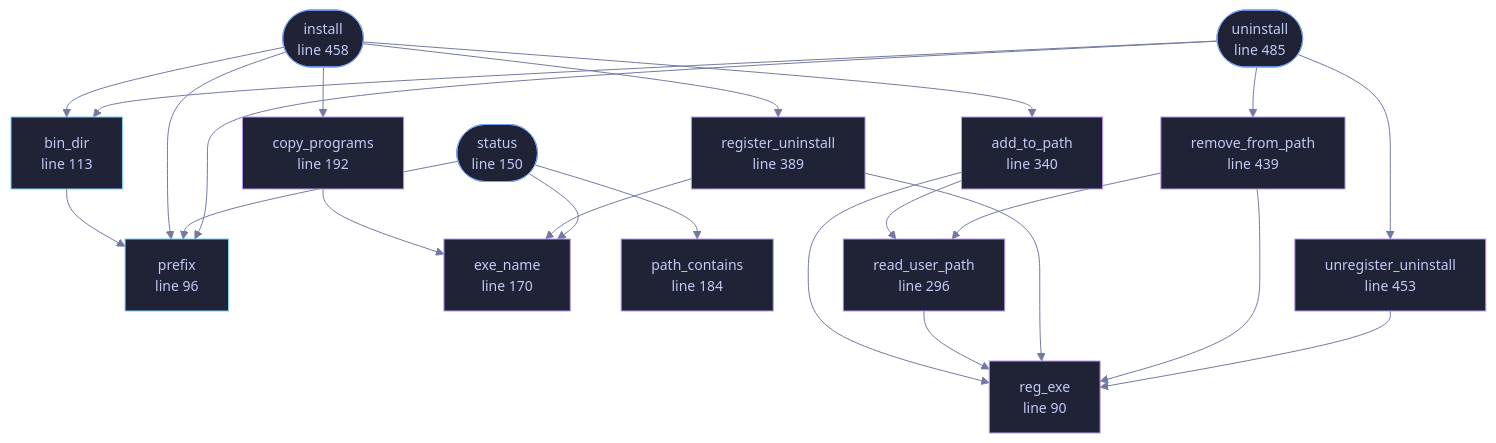
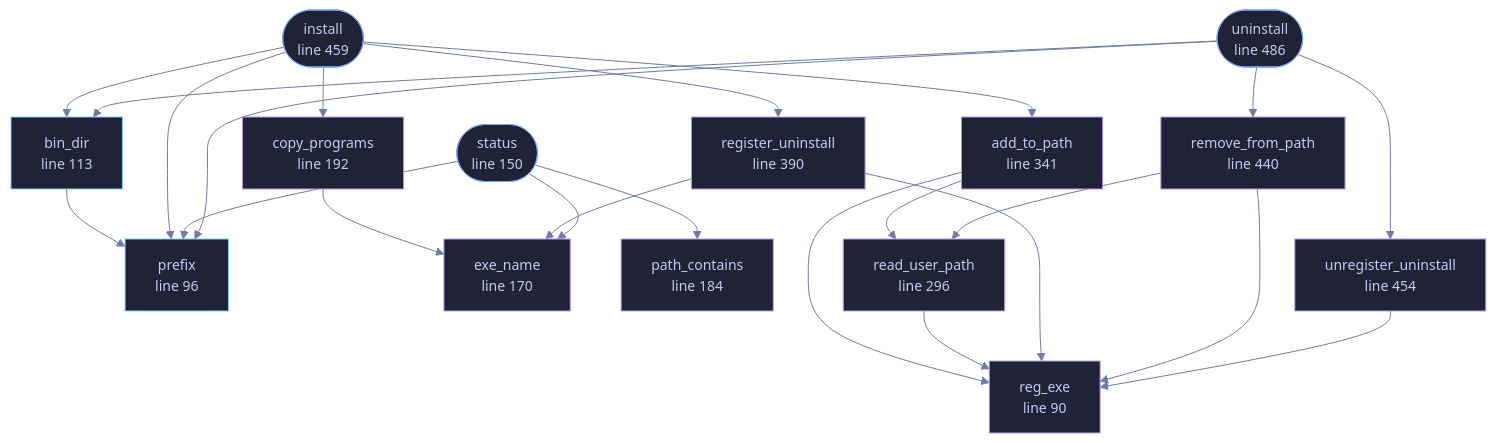
One commit to tilas01/veilvoice changed the diagram in docs/files/veilvoice-setup/install.md. Above: the diagram before and after it, drawn with Mermaid. The commit also changed other lines of this file and 98 other files, not shown here.

````diff
--- a/docs/files/veilvoice-setup/install.md
+++ b/docs/files/veilvoice-setup/install.md
@@ -131,68 +131,68 @@
 ```mermaid
 %%{init: {"theme":"base","themeVariables":{"background":"#1a1b26","primaryColor":"#1f2335","primaryTextColor":"#c0caf5","primaryBorderColor":"#7aa2f7","secondaryColor":"#16161e","tertiaryColor":"#16161e","lineColor":"#737aa2","textColor":"#c0caf5","mainBkg":"#1f2335","nodeBorder":"#7aa2f7","clusterBkg":"#16161e","clusterBorder":"#2f3549","fontFamily":"ui-monospace, SFMono-Regular, Consolas, monospace","fontSize":"14px"}}}%%
 flowchart TD
     n_reg_exe["reg_exe<br/>line 90"]
     n_prefix["prefix<br/>line 96"]
     n_bin_dir["bin_dir<br/>line 113"]
     n_status(["status<br/>line 150"])
     n_exe_name["exe_name<br/>line 170"]
     n_path_contains["path_contains<br/>line 184"]
     n_copy_programs["copy_programs<br/>line 192"]
     n_add_to_path["add_to_path<br/>line 234"]
     n_read_user_path["read_user_path<br/>line 296"]
-    n_add_to_path["add_to_path<br/>line 340"]
-    n_register_uninstall["register_uninstall<br/>line 350"]
-    n_register_uninstall["register_uninstall<br/>line 389"]
-    n_remove_from_path["remove_from_path<br/>line 394"]
-    n_remove_from_path["remove_from_path<br/>line 439"]
-    n_unregister_uninstall["unregister_uninstall<br/>line 444"]
-    n_unregister_uninstall["unregister_uninstall<br/>line 453"]
-    n_install(["install<br/>line 458"])
-    n_uninstall(["uninstall<br/>line 485"])
+    n_add_to_path["add_to_path<br/>line 341"]
+    n_register_uninstall["register_uninstall<br/>line 351"]
+    n_register_uninstall["register_uninstall<br/>line 390"]
+    n_remove_from_path["remove_from_path<br/>line 395"]
+    n_remove_from_path["remove_from_path<br/>line 440"]
+    n_unregister_uninstall["unregister_uninstall<br/>line 445"]
+    n_unregister_uninstall["unregister_uninstall<br/>line 454"]
+    n_install(["install<br/>line 459"])
+    n_uninstall(["uninstall<br/>line 486"])
     n_add_to_path --> n_read_user_path
     n_add_to_path --> n_reg_exe
     n_bin_dir --> n_prefix
     n_copy_programs --> n_exe_name
     n_install --> n_add_to_path
     n_install --> n_bin_dir
     n_install --> n_copy_programs
     n_install --> n_prefix
     n_install --> n_register_uninstall
     n_read_user_path --> n_reg_exe
     n_register_uninstall --> n_exe_name
     n_register_uninstall --> n_reg_exe
     n_remove_from_path --> n_read_user_path
     n_remove_from_path --> n_reg_exe
     n_status --> n_exe_name
     n_status --> n_path_contains
     n_status --> n_prefix
     n_uninstall --> n_bin_dir
     n_uninstall --> n_prefix
     n_uninstall --> n_remove_from_path
     n_uninstall --> n_unregister_uninstall
     n_unregister_uninstall --> n_reg_exe
     click n_reg_exe href "https://github.com/tilas01/veilvoice/blob/main/crates/veilvoice-setup/src/install.rs#L90" "open the source"
     click n_prefix href "https://github.com/tilas01/veilvoice/blob/main/crates/veilvoice-setup/src/install.rs#L96" "open the source"
     click n_bin_dir href "https://github.com/tilas01/veilvoice/blob/main/crates/veilvoice-setup/src/install.rs#L113" "open the source"
     click n_status href "https://github.com/tilas01/veilvoice/blob/main/crates/veilvoice-setup/src/install.rs#L150" "open the source"
     click n_exe_name href "https://github.com/tilas01/veilvoice/blob/main/crates/veilvoice-setup/src/install.rs#L170" "open the source"
     click n_path_contains href "https://github.com/tilas01/veilvoice/blob/main/crates/veilvoice-setup/src/install.rs#L184" "open the source"
     click n_copy_programs href "https://github.com/tilas01/veilvoice/blob/main/crates/veilvoice-setup/src/install.rs#L192" "open the source"
     click n_add_to_path href "https://github.com/tilas01/veilvoice/blob/main/crates/veilvoice-setup/src/install.rs#L234" "open the source"
     click n_read_user_path href "https://github.com/tilas01/veilvoice/blob/main/crates/veilvoice-setup/src/install.rs#L296" "open the source"
-    click n_add_to_path href "https://github.com/tilas01/veilvoice/blob/main/crates/veilvoice-setup/src/install.rs#L340" "open the source"
-    click n_register_uninstall href "https://github.com/tilas01/veilvoice/blob/main/crates/veilvoice-setup/src/install.rs#L350" "open the source"
-    click n_register_uninstall href "https://github.com/tilas01/veilvoice/blob/main/crates/veilvoice-setup/src/install.rs#L389" "open the source"
-    click n_remove_from_path href "https://github.com/tilas01/veilvoice/blob/main/crates/veilvoice-setup/src/install.rs#L394" "open the source"
-    click n_remove_from_path href "https://github.com/tilas01/veilvoice/blob/main/crates/veilvoice-setup/src/install.rs#L439" "open the source"
-    click n_unregister_uninstall href "https://github.com/tilas01/veilvoice/blob/main/crates/veilvoice-setup/src/install.rs#L444" "open the source"
-    click n_unregister_uninstall href "https://github.com/tilas01/veilvoice/blob/main/crates/veilvoice-setup/src/install.rs#L453" "open the source"
-    click n_install href "https://github.com/tilas01/veilvoice/blob/main/crates/veilvoice-setup/src/install.rs#L458" "open the source"
-    click n_uninstall href "https://github.com/tilas01/veilvoice/blob/main/crates/veilvoice-setup/src/install.rs#L485" "open the source"
+    click n_add_to_path href "https://github.com/tilas01/veilvoice/blob/main/crates/veilvoice-setup/src/install.rs#L341" "open the source"
+    click n_register_uninstall href "https://github.com/tilas01/veilvoice/blob/main/crates/veilvoice-setup/src/install.rs#L351" "open the source"
+    click n_register_uninstall href "https://github.com/tilas01/veilvoice/blob/main/crates/veilvoice-setup/src/install.rs#L390" "open the source"
+    click n_remove_from_path href "https://github.com/tilas01/veilvoice/blob/main/crates/veilvoice-setup/src/install.rs#L395" "open the source"
+    click n_remove_from_path href "https://github.com/tilas01/veilvoice/blob/main/crates/veilvoice-setup/src/install.rs#L440" "open the source"
+    click n_unregister_uninstall href "https://github.com/tilas01/veilvoice/blob/main/crates/veilvoice-setup/src/install.rs#L445" "open the source"
+    click n_unregister_uninstall href "https://github.com/tilas01/veilvoice/blob/main/crates/veilvoice-setup/src/install.rs#L454" "open the source"
+    click n_install href "https://github.com/tilas01/veilvoice/blob/main/crates/veilvoice-setup/src/install.rs#L459" "open the source"
+    click n_uninstall href "https://github.com/tilas01/veilvoice/blob/main/crates/veilvoice-setup/src/install.rs#L486" "open the source"
     classDef entry fill:#1f2335,stroke:#7aa2f7,color:#c0caf5
     class n_status,n_install,n_uninstall entry
     classDef api fill:#1f2335,stroke:#7dcfff,color:#c0caf5
     class n_prefix,n_bin_dir api
     classDef helper fill:#1f2335,stroke:#bb9af7,color:#c0caf5
     class n_reg_exe,n_exe_name,n_path_contains,n_copy_programs,n_add_to_path,n_read_user_path,n_add_to_path,n_register_uninstall,n_register_uninstall,n_remove_from_path,n_remove_from_path,n_unregister_uninstall,n_unregister_uninstall helper
 ```
````
